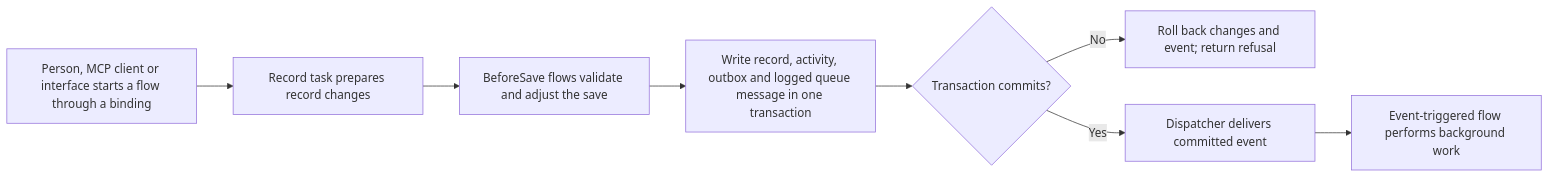
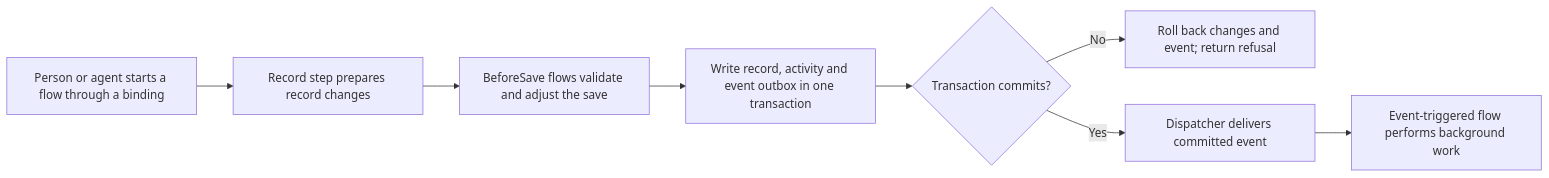
One commit to Abzum-NZ/Abzum-Vortex changed the first of 3 diagrams in docs/specification/08-forms-actions-rules-and-events.md. Above: the diagram before and after it, drawn with Mermaid. The commit also changed other lines of this file and 50 other files, not shown here.

````diff
--- a/docs/specification/08-forms-actions-rules-and-events.md
+++ b/docs/specification/08-forms-actions-rules-and-events.md
@@ -9,10 +9,10 @@
 ```mermaid
 flowchart LR
-    START[Person, MCP client or interface starts a flow through a binding] --> TASK[Record task prepares record changes]
+    START[Person or agent starts a flow through a binding] --> TASK[Record step prepares record changes]
     TASK --> RULE[BeforeSave flows validate and adjust the save]
-    RULE --> WRITE[Write record, activity, outbox and logged queue message in one transaction]
+    RULE --> WRITE[Write record, activity and event outbox in one transaction]
     WRITE --> COMMIT{Transaction commits?}
     COMMIT -- No --> STOP[Roll back changes and event; return refusal]
     COMMIT -- Yes --> DISPATCH[Dispatcher delivers committed event]
     DISPATCH --> FLOW[Event-triggered flow performs background work]
 ```
````
